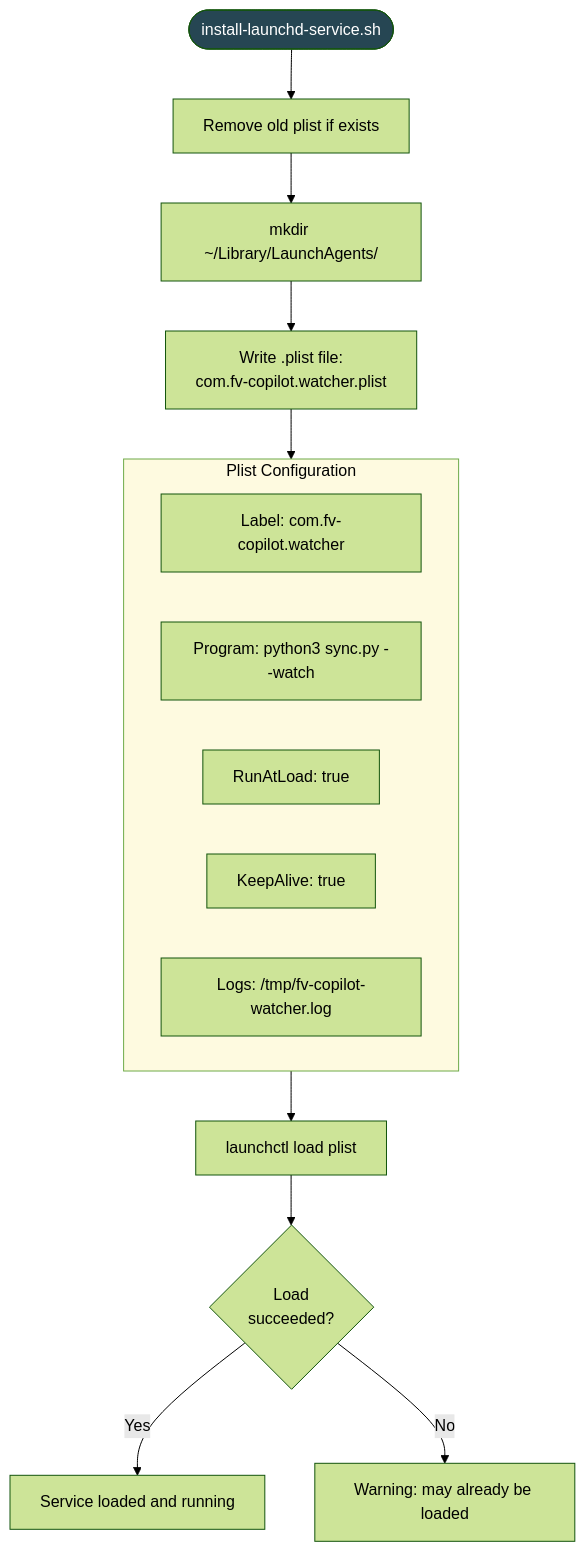
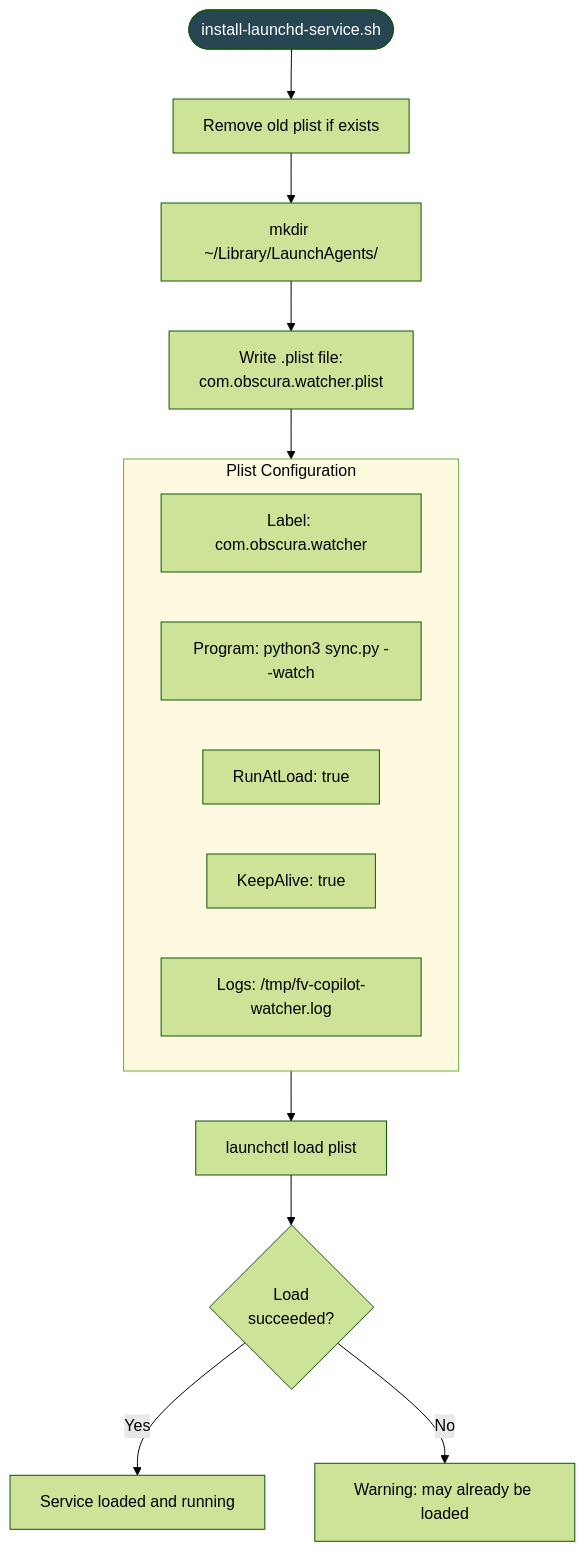
Before and after one commit to ElliottBregni/obscura: the tenth of 16 diagrams in docs/DESIGN-DIAGRAMS.md, drawn with Mermaid (forest theme). The commit also changed 13 other files, not shown here.

````diff
--- a/docs/DESIGN-DIAGRAMS.md
+++ b/docs/DESIGN-DIAGRAMS.md
@@ -326,23 +326,23 @@
 ```mermaid
 flowchart TD
     Entry([install-launchd-service.sh]) --> CleanOld["Remove old plist if exists"]
     CleanOld --> MkDir["mkdir ~/Library/LaunchAgents/"]
-    MkDir --> WritePlist["Write .plist file:<br/>com.fv-copilot.watcher.plist"]
+    MkDir --> WritePlist["Write .plist file:<br/>com.obscura.watcher.plist"]
 
     subgraph PlistConfig["Plist Configuration"]
-        P1["Label: com.fv-copilot.watcher"]
+        P1["Label: com.obscura.watcher"]
         P2["Program: python3 sync.py --watch"]
         P3["RunAtLoad: true"]
         P4["KeepAlive: true"]
         P5["Logs: /tmp/fv-copilot-watcher.log"]
     end
 
     WritePlist --> PlistConfig
     PlistConfig --> Load["launchctl load plist"]
     Load --> Check{Load<br/>succeeded?}
     Check -->|Yes| Running["Service loaded and running"]
     Check -->|No| AlreadyLoaded["Warning: may already be loaded"]
 
     style Entry fill:#264653,color:#fff
     style PlistConfig fill:#fefae0,color:#000
 ```
````
